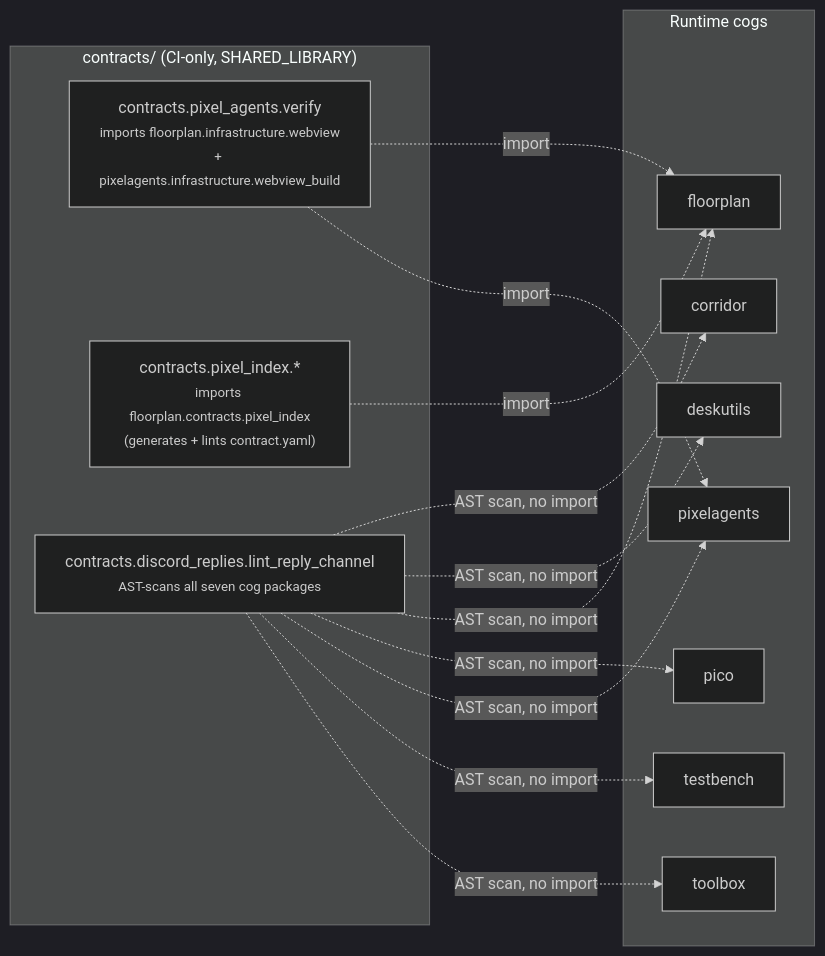
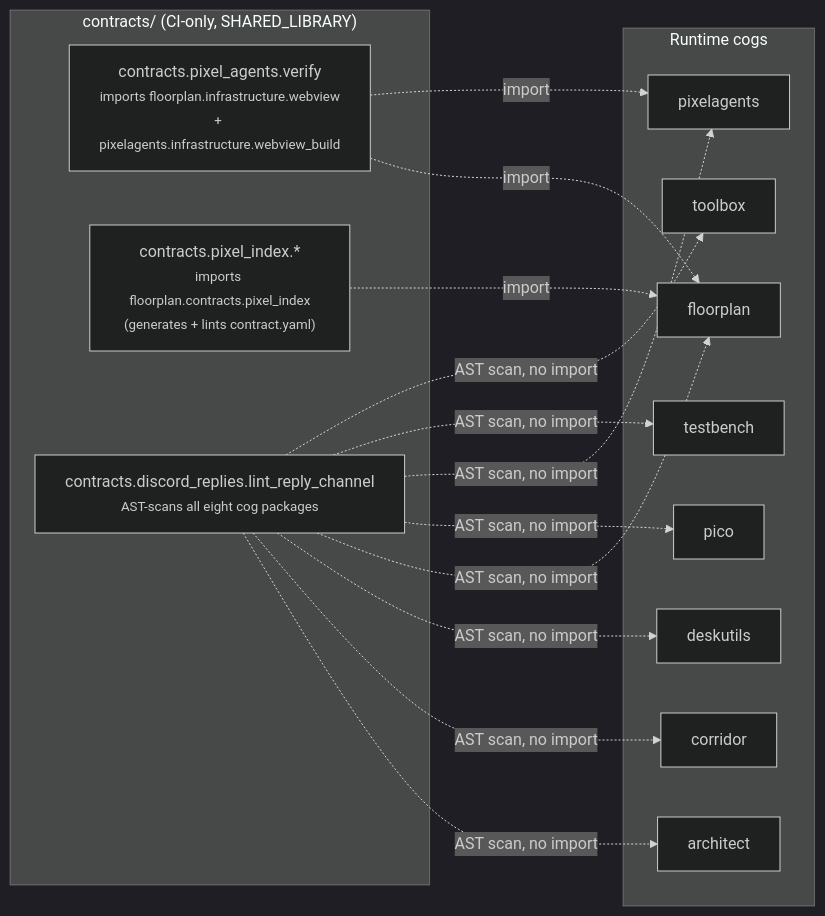
The eighth of 8 diagrams in docs/architecture.md (pixel-agents-hq/pixel-agents-cogs), drawn with Mermaid (dark theme) before and after one commit. The commit also changed other lines of this file and 106 other files, not shown here.

First line of the commit message:
feat(architect): add A2A-reachable architect cog with lossless office layout editing

````diff
--- a/docs/architecture.md
+++ b/docs/architecture.md
@@ -291,29 +388,31 @@
 ```mermaid
 flowchart LR
     subgraph runtime["Runtime cogs"]
+        architect2["architect"]
         corridor2["corridor"]
         deskutils2["deskutils"]
         floorplan2["floorplan"]
         pico2["pico"]
         pixelagents2["pixelagents"]
         testbench2["testbench"]
         toolbox2["toolbox"]
     end
 
     subgraph ci["contracts/ (CI-only, SHARED_LIBRARY)"]
         pa_verify["contracts.pixel_agents.verify<br/><small>imports floorplan.infrastructure.webview<br/>+ pixelagents.infrastructure.webview_build</small>"]
         idx_lint["contracts.pixel_index.*<br/><small>imports floorplan.contracts.pixel_index<br/>(generates + lints contract.yaml)</small>"]
-        reply_lint["contracts.discord_replies.lint_reply_channel<br/><small>AST-scans all seven cog packages</small>"]
+        reply_lint["contracts.discord_replies.lint_reply_channel<br/><small>AST-scans all eight cog packages</small>"]
     end
 
     pa_verify -.->|"import"| floorplan2
     pa_verify -.->|"import"| pixelagents2
     idx_lint -.->|"import"| floorplan2
+    reply_lint -.->|"AST scan, no import"| architect2
     reply_lint -.->|"AST scan, no import"| corridor2
     reply_lint -.->|"AST scan, no import"| deskutils2
     reply_lint -.->|"AST scan, no import"| floorplan2
     reply_lint -.->|"AST scan, no import"| pico2
     reply_lint -.->|"AST scan, no import"| pixelagents2
     reply_lint -.->|"AST scan, no import"| testbench2
     reply_lint -.->|"AST scan, no import"| toolbox2
 ```
````
